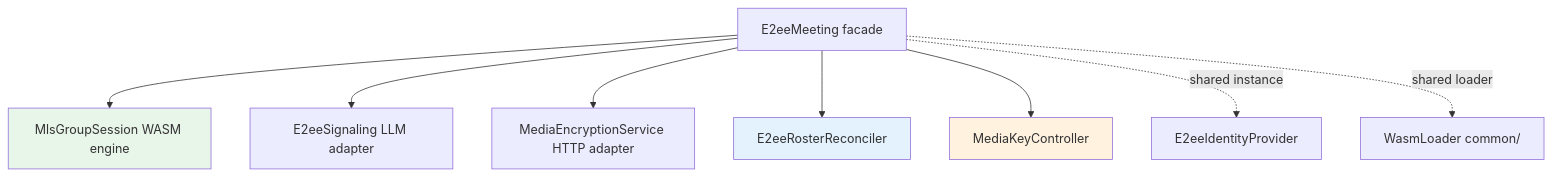
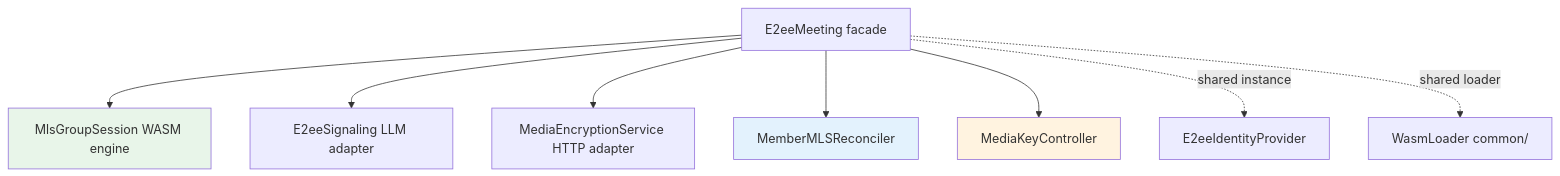
One commit to webex/webex-js-sdk changed the second of 3 diagrams in packages/@webex/plugin-meetings/src/e2ee/DESIGN.md. Above: the diagram before and after it, drawn with Mermaid. The commit also changed other lines of this file and 3 other files, not shown here.

Commit message:
refactor: rename MLS member reconciler

````diff
--- a/packages/@webex/plugin-meetings/src/e2ee/DESIGN.md
+++ b/packages/@webex/plugin-meetings/src/e2ee/DESIGN.md
@@ -120,14 +120,14 @@
 ```mermaid
 graph TD
     E2eeMeeting[E2eeMeeting facade] --> MLS[MlsGroupSession WASM engine]
     E2eeMeeting --> Sig[E2eeSignaling LLM adapter]
     E2eeMeeting --> Svc[MediaEncryptionService HTTP adapter]
-    E2eeMeeting --> Recon[E2eeRosterReconciler]
+    E2eeMeeting --> Recon[MemberMLSReconciler]
     E2eeMeeting --> MediaCtl[MediaKeyController]
     E2eeMeeting -.->|shared instance| Ident[E2eeIdentityProvider]
     E2eeMeeting -.->|shared loader| WasmLoader[WasmLoader common/]
 
     style MLS fill:#e8f5e9
     style Recon fill:#e3f2fd
     style MediaCtl fill:#fff3e0
 ```
````
